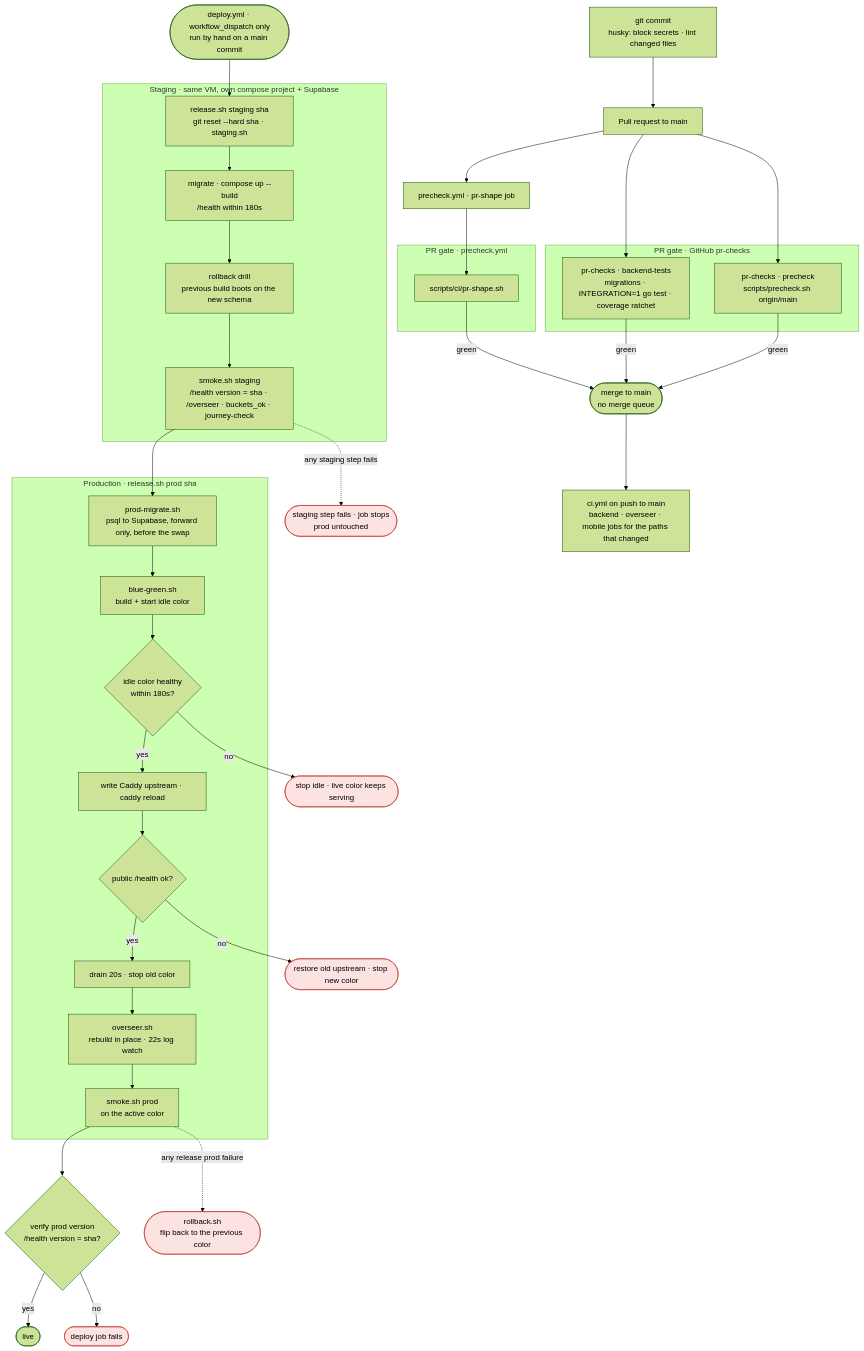
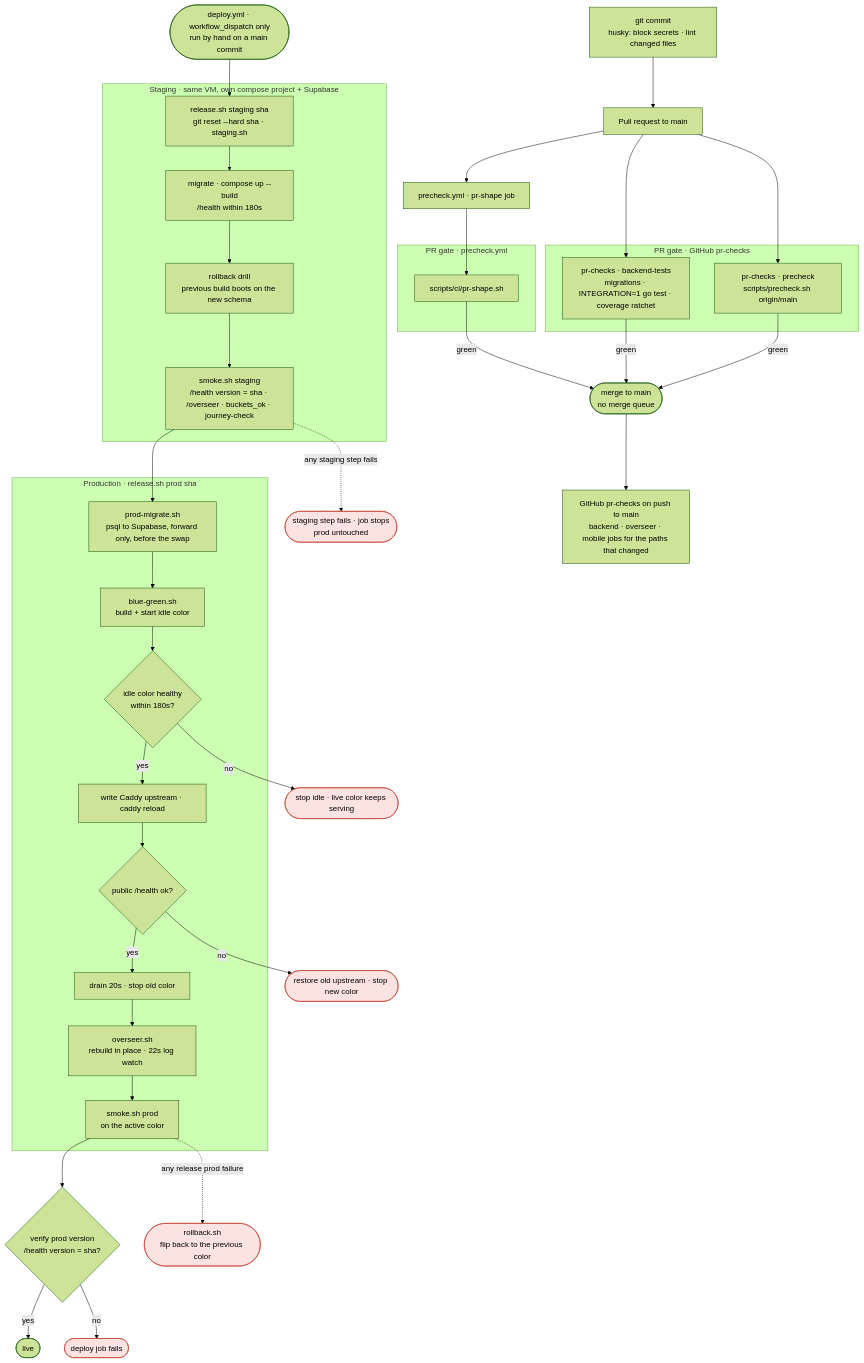
The first of 2 diagrams in docs/diagrams/delivery.md (aleburrascano/altune), drawn with Mermaid (forest theme) before and after one commit. The commit also changed 5 other files, not shown here.

Commit message:
tooling(ci): delete the local main CI now that GitHub runs it (#2530)

````diff
--- a/docs/diagrams/delivery.md
+++ b/docs/diagrams/delivery.md
@@ -7,63 +7,63 @@
 ```mermaid
 flowchart TD
     commit["git commit<br/>husky: block secrets · lint changed files"] --> pr["Pull request to main"]
     pr --> precheck["precheck.yml · pr-shape job"]
 
     subgraph gate [PR gate · precheck.yml]
         shape["scripts/ci/pr-shape.sh"]
     end
 
     subgraph ghgate [PR gate · GitHub pr-checks]
         ghtests["pr-checks · backend-tests<br/>migrations · INTEGRATION=1 go test · coverage ratchet"]
         ghprecheck["pr-checks · precheck<br/>scripts/precheck.sh origin/main"]
     end
 
     precheck --> shape
     pr --> ghtests
     pr --> ghprecheck
     ghtests -->|green| main
     ghprecheck -->|green| main
     shape -->|green| main(["merge to main<br/>no merge queue"])
-    main --> ci["ci.yml on push to main<br/>backend · overseer · mobile jobs for the paths that changed"]
+    main --> ci["GitHub pr-checks on push to main<br/>backend · overseer · mobile jobs for the paths that changed"]
 
     dispatch(["deploy.yml · workflow_dispatch only<br/>run by hand on a main commit"])
 
     subgraph staging [Staging · same VM, own compose project + Supabase]
         st_release["release.sh staging sha<br/>git reset --hard sha · staging.sh"]
         st_up["migrate · compose up --build<br/>/health within 180s"]
         drill["rollback drill<br/>previous build boots on the new schema"]
         smoke["smoke.sh staging<br/>/health version = sha · /overseer · buckets_ok · journey-check"]
         st_release --> st_up --> drill --> smoke
     end
 
     dispatch --> st_release
 
     subgraph live_env [Production · release.sh prod sha]
         migrate["prod-migrate.sh<br/>psql to Supabase, forward only, before the swap"]
         build["blue-green.sh<br/>build + start idle color"]
         healthy{"idle color healthy<br/>within 180s?"}
         flip["write Caddy upstream · caddy reload"]
         verify{"public /health ok?"}
         drain["drain 20s · stop old color"]
         overseer["overseer.sh<br/>rebuild in place · 22s log watch"]
         psmoke["smoke.sh prod<br/>on the active color"]
         migrate --> build --> healthy
         healthy -->|yes| flip --> verify
         verify -->|yes| drain --> overseer --> psmoke
     end
 
     smoke --> migrate
     psmoke --> version{"verify prod version<br/>/health version = sha?"}
     version -->|yes| done(["live"])
 
     st_fail(["staging step fails · job stops<br/>prod untouched"])
     smoke -.->|any staging step fails| st_fail
     healthy -->|no| keep(["stop idle · live color keeps serving"])
     verify -->|no| restore(["restore old upstream · stop new color"])
     rollback(["rollback.sh<br/>flip back to the previous color"])
     psmoke -.->|any release prod failure| rollback
     version -->|no| vfail(["deploy job fails"])
 
     classDef fail fill:#fde2e2,stroke:#c0392b,color:#000
     class keep,restore,rollback,st_fail,vfail fail
 ```
````
